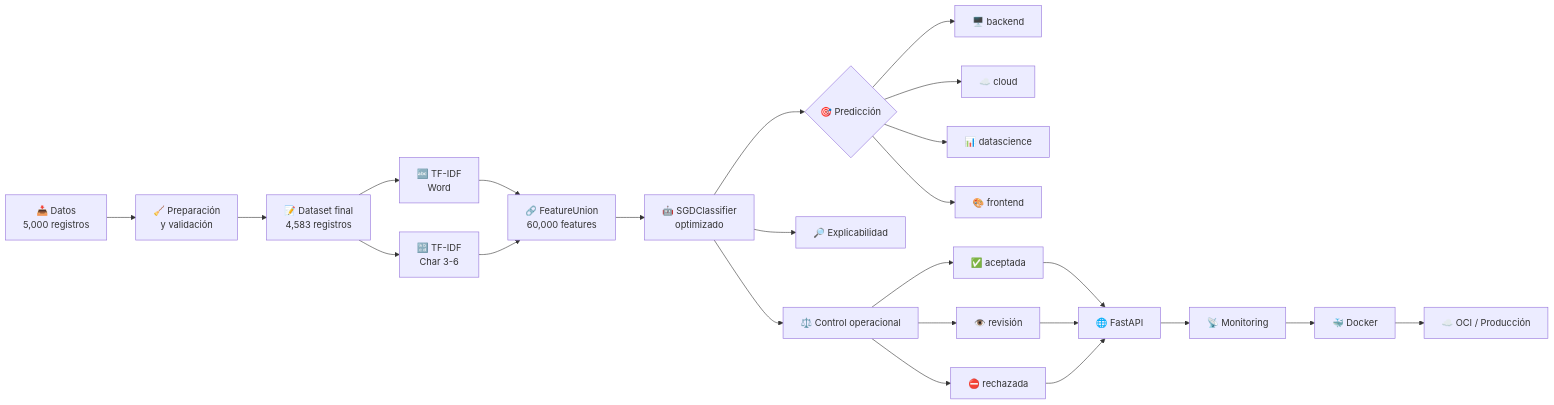
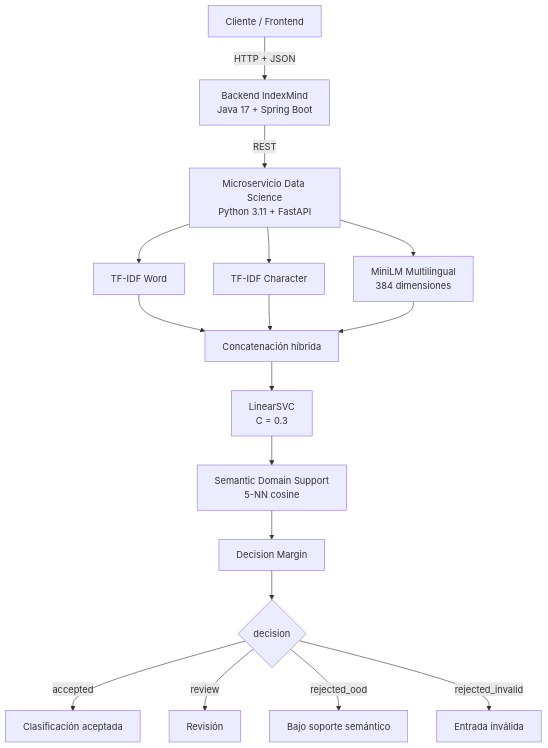
One commit to MaferVelde/TechMind- changed the diagram in README.md. Above: the diagram before and after it, drawn with Mermaid. The commit also changed other lines of this file, not shown here.

````diff
--- a/README.md
+++ b/README.md
@@ -43,36 +95,23 @@
 ```mermaid
-flowchart LR
-    A["📥 Datos<br/>5,000 registros"] --> B["🧹 Preparación<br/>y validación"]
+flowchart TD
+    A["Cliente / Frontend"] -->|HTTP + JSON| B["Backend IndexMind<br/>Java 17 + Spring Boot"]
+    B -->|REST| C["Microservicio Data Science<br/>Python 3.11 + FastAPI"]
 
-    B --> C["📝 Dataset final<br/>4,583 registros"]
+    C --> D["TF-IDF Word"]
+    C --> E["TF-IDF Character"]
+    C --> F["MiniLM Multilingual<br/>384 dimensiones"]
 
-    C --> D["🔤 TF-IDF<br/>Word"]
-    C --> E["🔡 TF-IDF<br/>Char 3-6"]
+    D --> G["Concatenación híbrida"]
+    E --> G
+    F --> G
 
-    D --> F["🔗 FeatureUnion<br/>60,000 features"]
-    E --> F
+    G --> H["LinearSVC<br/>C = 0.3"]
+    H --> I["Semantic Domain Support<br/>5-NN cosine"]
+    I --> J["Decision Margin"]
+    J --> K{"decision"}
 
-    F --> G["🤖 SGDClassifier<br/>optimizado"]
-
-    G --> H{"🎯 Predicción"}
-
-    H --> I["🖥️ backend"]
-    H --> J["☁️ cloud"]
-    H --> K["📊 datascience"]
-    H --> L["🎨 frontend"]
-
-    G --> M["🔎 Explicabilidad"]
-    G --> N["⚖️ Control operacional"]
-
-    N --> O["✅ aceptada"]
-    N --> P["👁️ revisión"]
-    N --> Q["⛔ rechazada"]
-
-    O --> R["🌐 FastAPI"]
-    P --> R
-    Q --> R
-
-    R --> S["📡 Monitoring"]
-    S --> T["🐳 Docker"]
-    T --> U["☁️ OCI / Producción"]
+    K -->|accepted| L["Clasificación aceptada"]
+    K -->|review| M["Revisión"]
+    K -->|rejected_ood| N["Bajo soporte semántico"]
+    K -->|rejected_invalid| O["Entrada inválida"]
 ```
````
